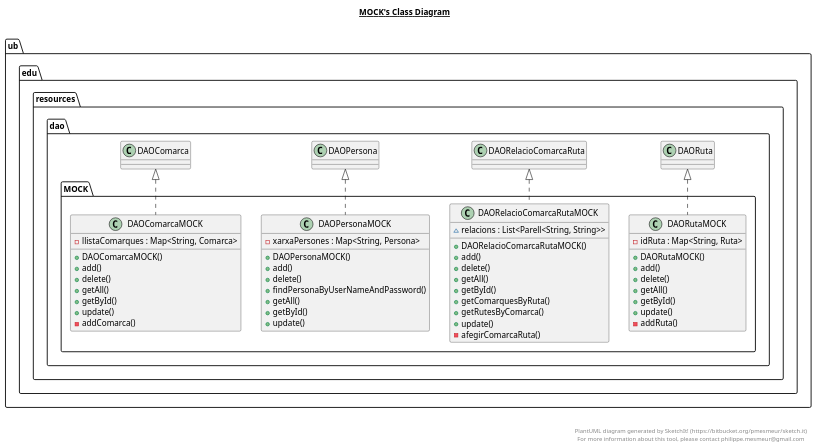
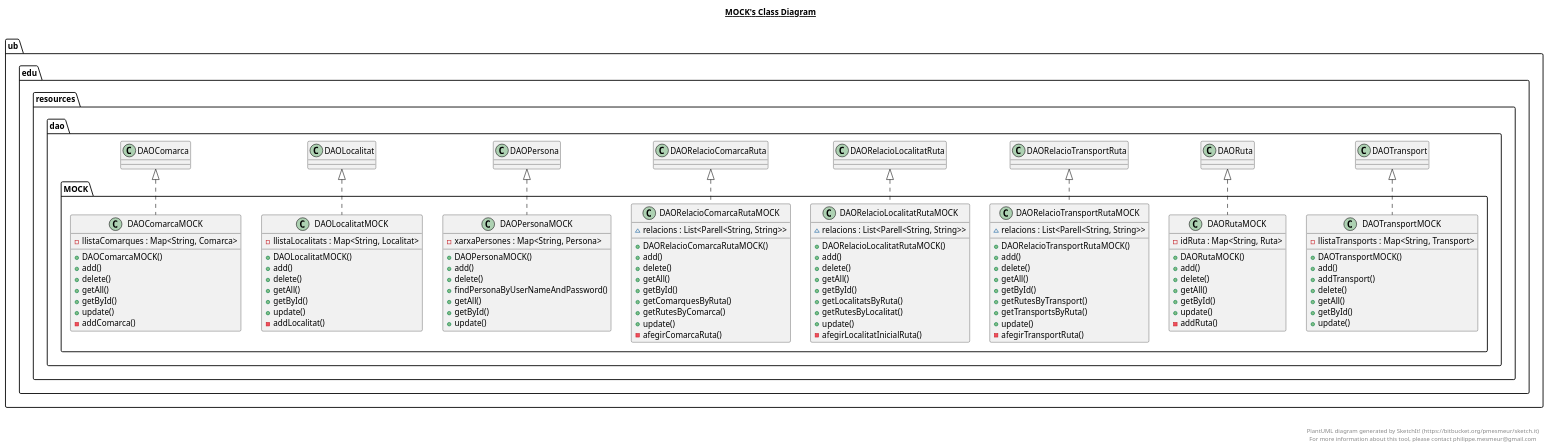
Before and after one commit to Samot2003/p3-tripu-dao-a12_reava: the diagram in src/ub/edu/resources/dao/MOCK/MOCK.plantuml, drawn with PlantUML. The commit also changed 30 other files, not shown here.

```diff
--- a/src/ub/edu/resources/dao/MOCK/MOCK.plantuml
+++ b/src/ub/edu/resources/dao/MOCK/MOCK.plantuml
@@ -1,84 +1,156 @@
 @startuml
 
 title __MOCK's Class Diagram__\n
 
   namespace ub.edu.resources.dao {
     namespace MOCK {
       class ub.edu.resources.dao.MOCK.DAOComarcaMOCK {
           - llistaComarques : Map<String, Comarca>
           + DAOComarcaMOCK()
           + add()
           + delete()
           + getAll()
           + getById()
           + update()
           - addComarca()
+      }
+    }
+  }
+  
+
+  namespace ub.edu.resources.dao {
+    namespace MOCK {
+      class ub.edu.resources.dao.MOCK.DAOLocalitatMOCK {
+          - llistaLocalitats : Map<String, Localitat>
+          + DAOLocalitatMOCK()
+          + add()
+          + delete()
+          + getAll()
+          + getById()
+          + update()
+          - addLocalitat()
       }
     }
   }
   
 
   namespace ub.edu.resources.dao {
     namespace MOCK {
       class ub.edu.resources.dao.MOCK.DAOPersonaMOCK {
           - xarxaPersones : Map<String, Persona>
           + DAOPersonaMOCK()
           + add()
           + delete()
           + findPersonaByUserNameAndPassword()
           + getAll()
           + getById()
           + update()
       }
     }
   }
   
 
   namespace ub.edu.resources.dao {
     namespace MOCK {
       class ub.edu.resources.dao.MOCK.DAORelacioComarcaRutaMOCK {
           ~ relacions : List<Parell<String, String>>
           + DAORelacioComarcaRutaMOCK()
           + add()
           + delete()
           + getAll()
           + getById()
           + getComarquesByRuta()
           + getRutesByComarca()
           + update()
           - afegirComarcaRuta()
       }
     }
   }
   
 
   namespace ub.edu.resources.dao {
     namespace MOCK {
+      class ub.edu.resources.dao.MOCK.DAORelacioLocalitatRutaMOCK {
+          ~ relacions : List<Parell<String, String>>
+          + DAORelacioLocalitatRutaMOCK()
+          + add()
+          + delete()
+          + getAll()
+          + getById()
+          + getLocalitatsByRuta()
+          + getRutesByLocalitat()
+          + update()
+          - afegirLocalitatInicialRuta()
+      }
+    }
+  }
+  
+
+  namespace ub.edu.resources.dao {
+    namespace MOCK {
+      class ub.edu.resources.dao.MOCK.DAORelacioTransportRutaMOCK {
+          ~ relacions : List<Parell<String, String>>
+          + DAORelacioTransportRutaMOCK()
+          + add()
+          + delete()
+          + getAll()
+          + getById()
+          + getRutesByTransport()
+          + getTransportsByRuta()
+          + update()
+          - afegirTransportRuta()
+      }
+    }
+  }
+  
+
+  namespace ub.edu.resources.dao {
+    namespace MOCK {
       class ub.edu.resources.dao.MOCK.DAORutaMOCK {
           - idRuta : Map<String, Ruta>
           + DAORutaMOCK()
           + add()
           + delete()
           + getAll()
           + getById()
           + update()
           - addRuta()
       }
     }
   }
   
 
+  namespace ub.edu.resources.dao {
+    namespace MOCK {
+      class ub.edu.resources.dao.MOCK.DAOTransportMOCK {
+          - llistaTransports : Map<String, Transport>
+          + DAOTransportMOCK()
+          + add()
+          + addTransport()
+          + delete()
+          + getAll()
+          + getById()
+          + update()
+      }
+    }
+  }
+  
+
   ub.edu.resources.dao.MOCK.DAOComarcaMOCK .up.|> ub.edu.resources.dao.DAOComarca
+  ub.edu.resources.dao.MOCK.DAOLocalitatMOCK .up.|> ub.edu.resources.dao.DAOLocalitat
   ub.edu.resources.dao.MOCK.DAOPersonaMOCK .up.|> ub.edu.resources.dao.DAOPersona
   ub.edu.resources.dao.MOCK.DAORelacioComarcaRutaMOCK .up.|> ub.edu.resources.dao.DAORelacioComarcaRuta
+  ub.edu.resources.dao.MOCK.DAORelacioLocalitatRutaMOCK .up.|> ub.edu.resources.dao.DAORelacioLocalitatRuta
+  ub.edu.resources.dao.MOCK.DAORelacioTransportRutaMOCK .up.|> ub.edu.resources.dao.DAORelacioTransportRuta
   ub.edu.resources.dao.MOCK.DAORutaMOCK .up.|> ub.edu.resources.dao.DAORuta
+  ub.edu.resources.dao.MOCK.DAOTransportMOCK .up.|> ub.edu.resources.dao.DAOTransport
 
 
 right footer
 
 
 PlantUML diagram generated by SketchIt! (https://bitbucket.org/pmesmeur/sketch.it)
 For more information about this tool, please contact philippe.mesmeur@gmail.com
 endfooter
 
 @enduml
```
